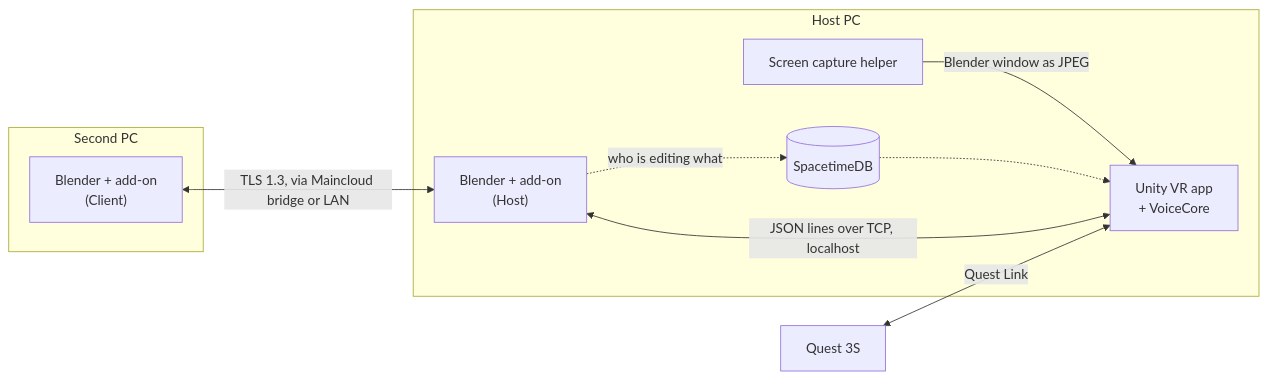
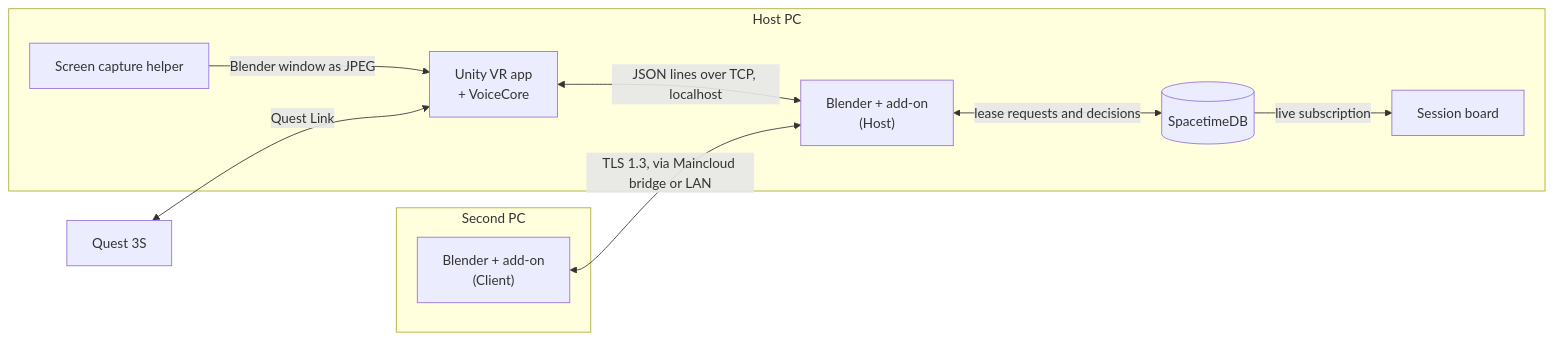
One commit to waaberi/calhacks13 changed the diagram in README.md. Above: the diagram before and after it, drawn with Mermaid. The commit also changed other lines of this file and 2 other files, not shown here.

First line of the commit message:
Present SpacetimeDB as the session authority, not an optional extra

````diff
--- a/README.md
+++ b/README.md
@@ -32,19 +32,20 @@
 ```mermaid
 flowchart LR
   subgraph pc1["Host PC"]
     host["Blender + add-on<br/>(Host)"]
     app["Unity VR app<br/>+ VoiceCore"]
     capture["Screen capture helper"]
     stdb[("SpacetimeDB")]
+    board["Session board"]
   end
   subgraph pc2["Second PC"]
     client["Blender + add-on<br/>(Client)"]
   end
   quest["Quest 3S"]
   app <-->|"JSON lines over TCP, localhost"| host
   capture -->|"Blender window as JPEG"| app
   client <-->|"TLS 1.3, via Maincloud bridge or LAN"| host
   quest <-->|"Quest Link"| app
-  host -.->|"who is editing what"| stdb
-  stdb -.-> app
+  host <-->|"lease requests and decisions"| stdb
+  stdb -->|"live subscription"| board
 ```
````
